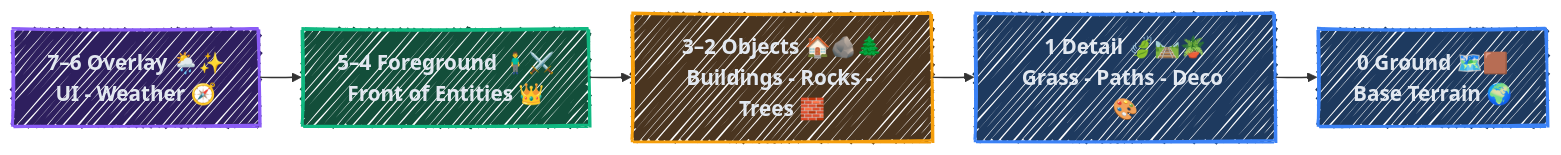
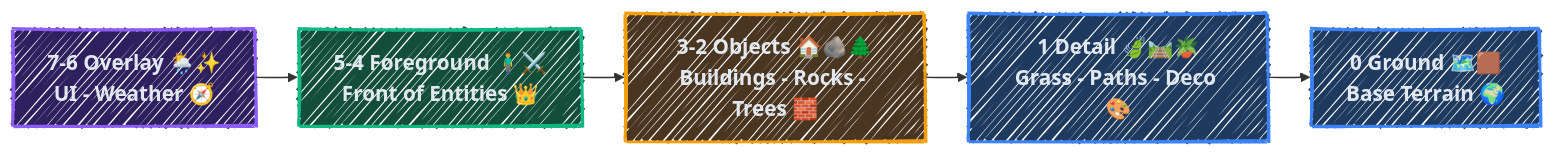
Before and after one commit to baaz777/rift: the second of 5 diagrams in README.md, drawn with Mermaid. The commit also changed other lines of this file, not shown here.

````diff
--- a/README.md
+++ b/README.md
@@ -101,24 +101,24 @@
 ```mermaid
 ---
 config:
   look: handDrawn
   theme: mc
   themeVariables:
     fontSize: 18px
   layout: elk
 ---
 flowchart LR
   classDef ov fill:#2e1f5e,stroke:#8b5cf6,stroke-width:2.5px,color:#e2e8f0,font-weight:800
   classDef fg fill:#134e3a,stroke:#10b981,stroke-width:2.5px,color:#e2e8f0,font-weight:800
   classDef ob fill:#4a3520,stroke:#f59e0b,stroke-width:2.5px,color:#e2e8f0,font-weight:800
   classDef gr fill:#1e3a5f,stroke:#3b82f6,stroke-width:2.5px,color:#e2e8f0,font-weight:800
 
-  O["7–6 Overlay 🌦️✨<br/>UI - Weather 🧭"]:::ov
-  F["5–4 Foreground 🧍‍♂️⚔️<br/>Front of Entities 👑"]:::fg
-  B["3–2 Objects 🏠🪨🌲<br/>Buildings - Rocks - Trees 🧱"]:::ob
+  O["7-6 Overlay 🌦️✨<br/>UI - Weather 🧭"]:::ov
+  F["5-4 Foreground 🧍‍♂️⚔️<br/>Front of Entities 👑"]:::fg
+  B["3-2 Objects 🏠🪨🌲<br/>Buildings - Rocks - Trees 🧱"]:::ob
   G["1 Detail 🍃🛤️🪴<br/>Grass - Paths - Deco 🎨"]:::gr
   T["0 Ground 🗺️🟫<br/>Base Terrain 🌍"]:::gr
 
   O --> F --> B --> G --> T
 
 ```
````
